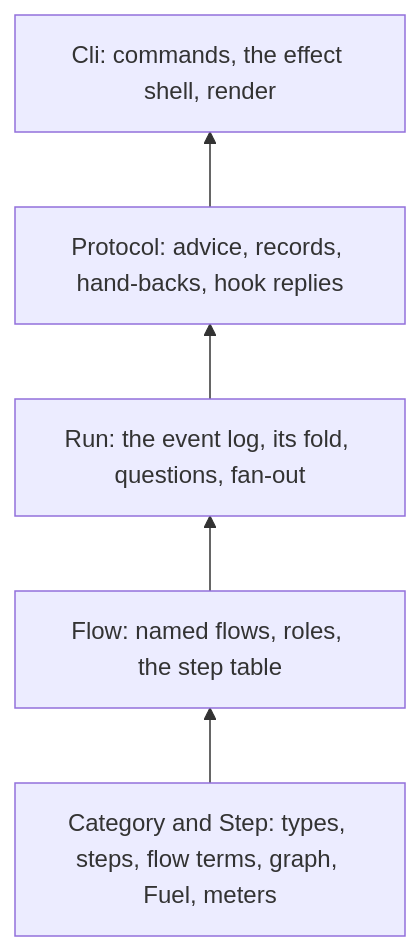
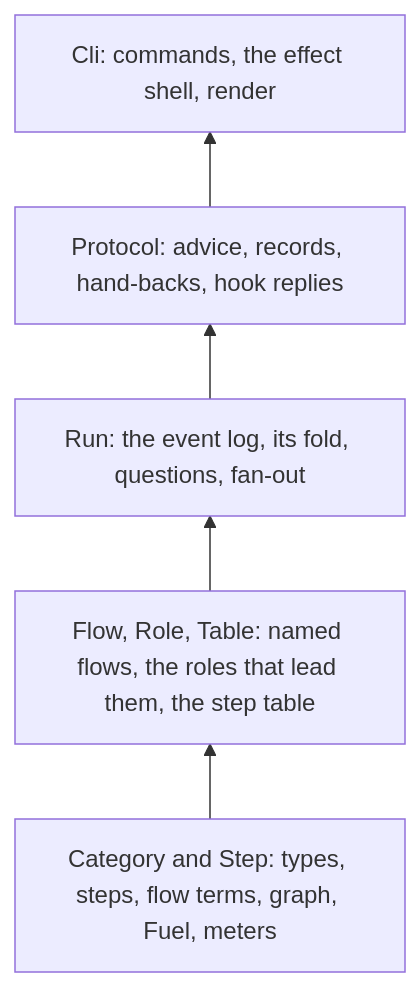
One commit to ILIYANGERMANOV/nixos changed the first of 3 diagrams in docs/harness/ARCHITECTURE.md. Above: the diagram before and after it, drawn with Mermaid. The commit also changed other lines of this file and 27 other files, not shown here.

````diff
--- a/docs/harness/ARCHITECTURE.md
+++ b/docs/harness/ARCHITECTURE.md
@@ -47,12 +40,12 @@
 ```mermaid
 flowchart BT
   cat["Category and Step: types, steps, flow terms, graph, Fuel, meters"]
-  flow["Flow: named flows, roles, the step table"]
+  flow["Flow, Role, Table: named flows, the roles that lead them, the step table"]
   run["Run: the event log, its fold, questions, fan-out"]
   protocol["Protocol: advice, records, hand-backs, hook replies"]
   cli["Cli: commands, the effect shell, render"]
   cat --> flow
   flow --> run
   run --> protocol
   protocol --> cli
 ```
````
